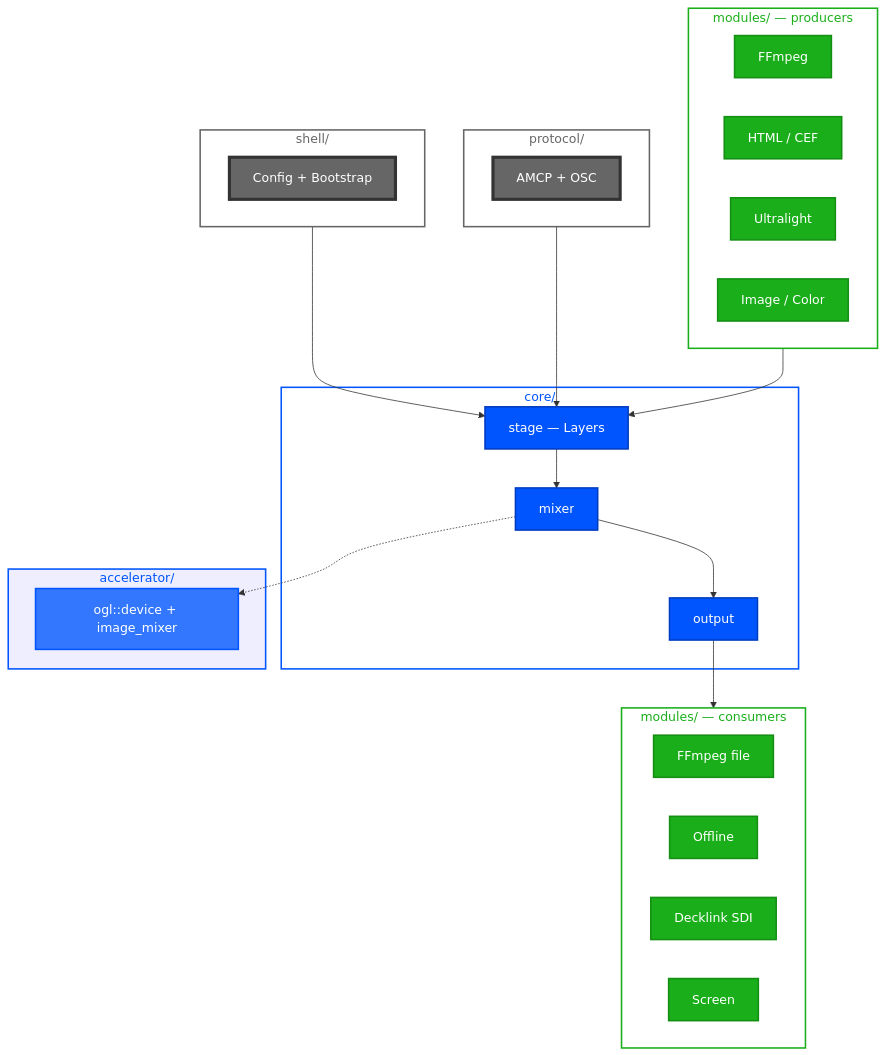
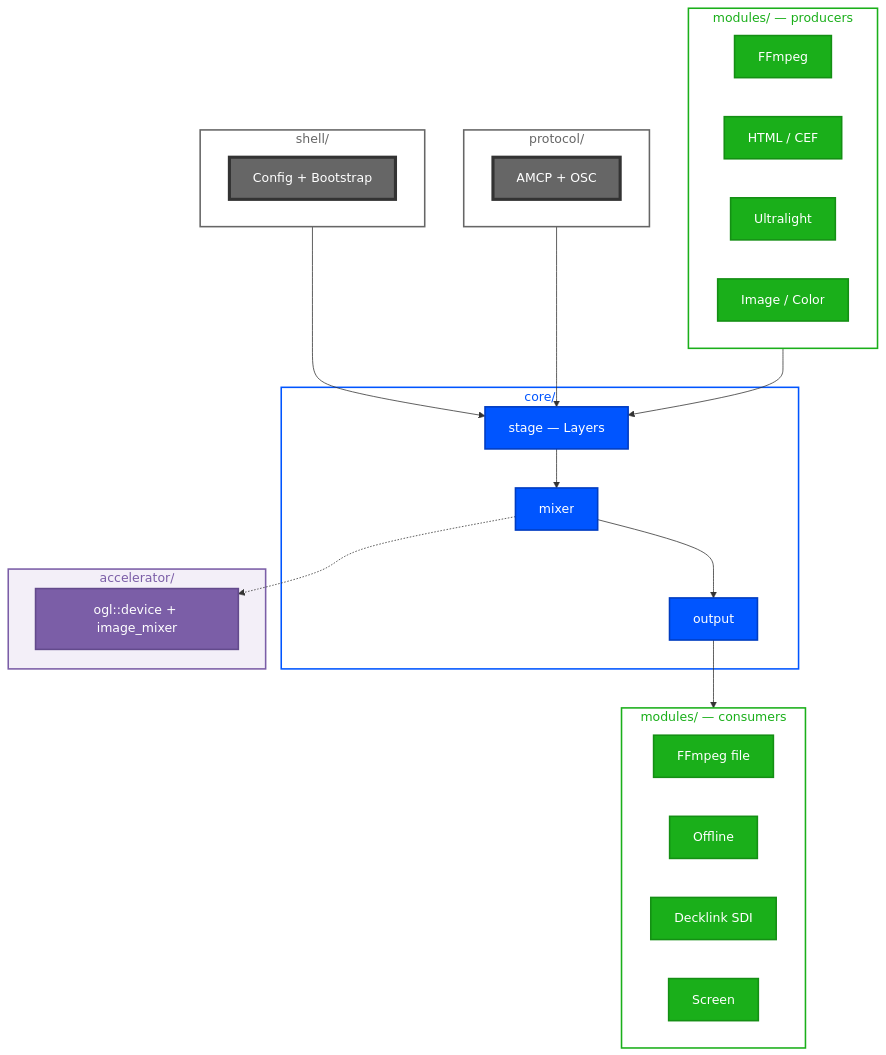
The first of 10 diagrams in docs/architecture.md (den-frie-vilje/casparCG), drawn with Mermaid before and after one commit. The commit also changed other lines of this file, not shown here.

Commit message:
docs: use violet for GPU/accelerator nodes

````diff
--- a/docs/architecture.md
+++ b/docs/architecture.md
@@ -31,58 +31,58 @@
 ```mermaid
 graph TD
     classDef coreNode fill:#0055FF,color:#FFF,stroke:#003CC0,stroke-width:2px
     classDef moduleNode fill:#1AAF1A,color:#FFF,stroke:#148F14,stroke-width:2px
-    classDef gpuNode fill:#3377FF,color:#FFF,stroke:#0055FF,stroke-width:2px
+    classDef gpuNode fill:#7B5EA7,color:#FFF,stroke:#634A8C,stroke-width:2px
     classDef ctrlNode fill:#666,color:#FFF,stroke:#333,stroke-width:4px
     classDef sgCore stroke:#0055FF,fill:#FFF,color:#0055FF,stroke-width:2px
     classDef sgModule stroke:#1AAF1A,fill:#FFF,color:#1AAF1A,stroke-width:2px
-    classDef sgGpu stroke:#0055FF,fill:#EEF,color:#0055FF,stroke-width:2px
+    classDef sgGpu stroke:#7B5EA7,fill:#F3EFF8,color:#7B5EA7,stroke-width:2px
     classDef sgCtrl stroke:#666,fill:#FFF,color:#666,stroke-width:2px
 
     subgraph S["shell/"]
         SHELL[Config + Bootstrap]:::ctrlNode
     end
 
     subgraph P["protocol/"]
         AMCP[AMCP + OSC]:::ctrlNode
     end
 
     subgraph MP["modules/ — producers"]
         FFPROD[FFmpeg]:::moduleNode
         HTMLPROD[HTML / CEF]:::moduleNode
         ULPROD[Ultralight]:::moduleNode
         IMGPROD[Image / Color]:::moduleNode
     end
 
     S --> STAGE
     P --> STAGE
     MP --> STAGE
 
     subgraph C["core/"]
         STAGE[stage — Layers]:::coreNode
         STAGE --> MIXER[mixer]:::coreNode
         MIXER --> OUTPUT[output]:::coreNode
     end
 
     MIXER -.-> OGL
 
     subgraph A["accelerator/"]
         OGL[ogl::device + image_mixer]:::gpuNode
     end
 
     subgraph MC["modules/ — consumers"]
         FFCONS[FFmpeg file]:::moduleNode
         OFFCONS[Offline]:::moduleNode
         DECK[Decklink SDI]:::moduleNode
         SCREEN[Screen]:::moduleNode
     end
 
     OUTPUT --> MC
 
     class S sgCtrl
     class P sgCtrl
     class MP sgModule
     class C sgCore
     class A sgGpu
     class MC sgModule
 ```
````
